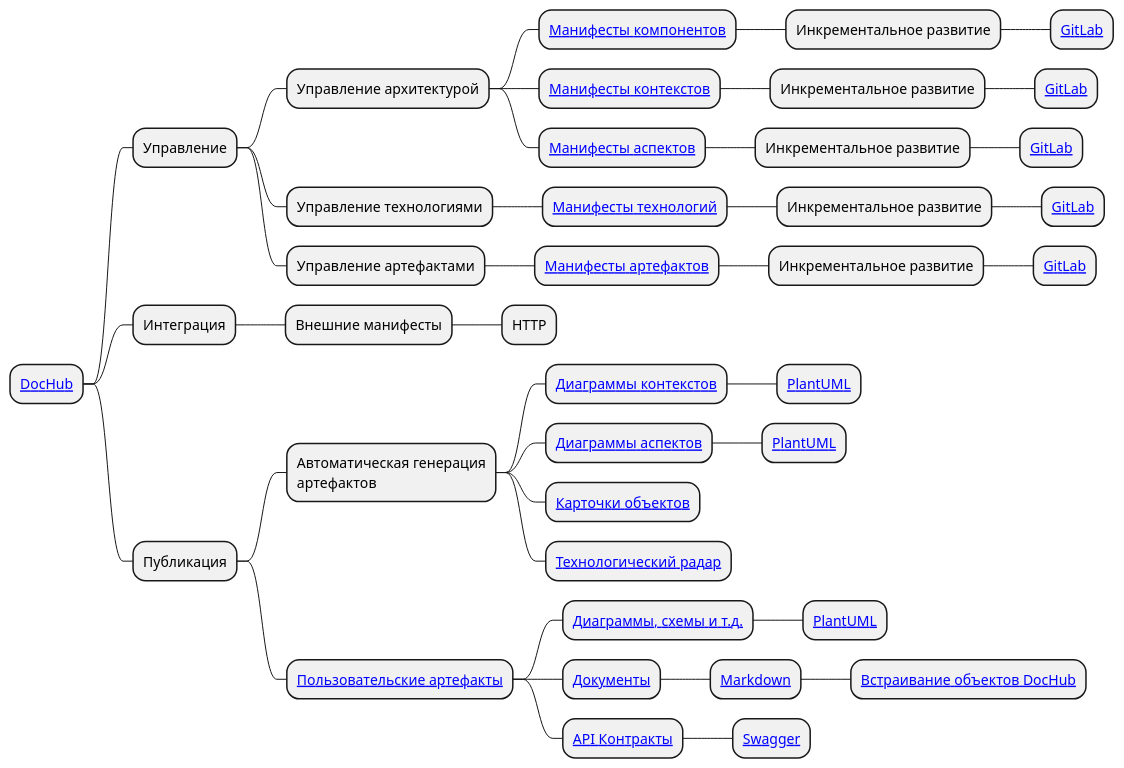
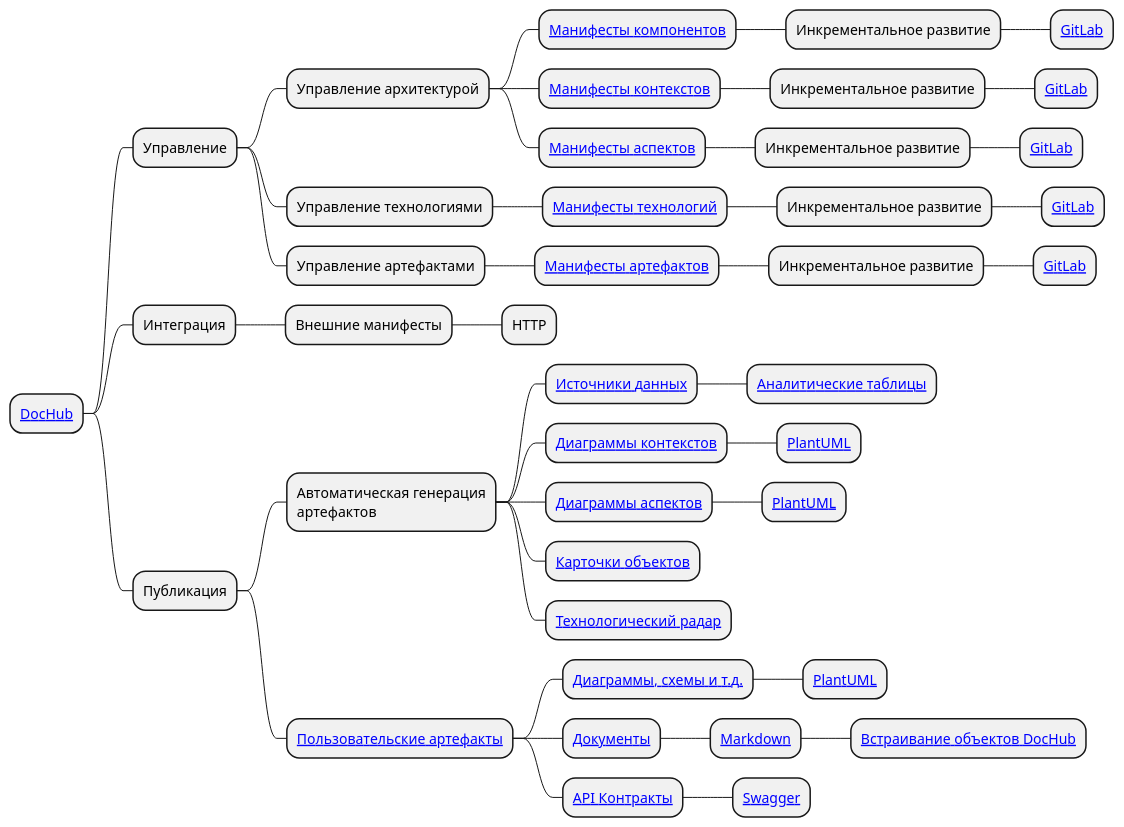
The diagram in public/documentation/docs/conception/mindmap.puml (ypolosov/DocHub), drawn with PlantUML before and after one commit. The commit also changed 4 other files, not shown here.

Commit message:
Исправлен баг с отображением ошибки сети в PlantUML. Добавлено описание параметра конфигурации сборки для плагина. В MindMap добавлены источники данных и таблицы

```diff
--- a/public/documentation/docs/conception/mindmap.puml
+++ b/public/documentation/docs/conception/mindmap.puml
@@ -1,41 +1,43 @@
 @startmindmap
 * [[https://github.com/RabotaRu/DocHub DocHub]]
 ** Управление
 *** Управление архитектурой
 **** [[/docs/dochub.components Манифесты компонентов]]
 ***** Инкрементальное развитие
 ****** [[https://about.gitlab.com/ GitLab]]
 **** [[/docs/dochub.contexts Манифесты контекстов]]
 ***** Инкрементальное развитие
 ****** [[https://about.gitlab.com/ GitLab]]
 **** [[/docs/dochub.aspects Манифесты аспектов]]
 ***** Инкрементальное развитие
 ****** [[https://about.gitlab.com/ GitLab]]
 *** Управление технологиями
 **** [[/docs/dochub.technologies Манифесты технологий]]
 ***** Инкрементальное развитие
 ****** [[https://about.gitlab.com/ GitLab]]
 *** Управление артефактами
 **** [[/docs/dochub.docs Манифесты артефактов]]
 ***** Инкрементальное развитие
 ****** [[https://about.gitlab.com/ GitLab]]
 ** Интеграция
 *** Внешние манифесты
 **** HTTP
 ** Публикация
 *** Автоматическая генерация\nартефактов
+**** [[/docs/dochub.datasets Источники данных]]
+***** [[/docs/dochub.tables Аналитические таблицы]]
 **** [[/docs/dochub.contexts Диаграммы контекстов]]
 ***** [[https://plantuml.com/ PlantUML]]
 **** [[/docs/dochub.aspects Диаграммы аспектов]]
 ***** [[https://plantuml.com/ PlantUML]]
 **** [[/docs/dochub.forms Карточки объектов]]
 **** [[/docs/dochub.radar Технологический радар]]
 *** [[/docs/dochub.docs Пользовательские артефакты]]
 **** [[/docs/dochub.docs#plantuml Диаграммы, схемы и т.д.]]
 ***** [[https://plantuml.com/ PlantUML]]
 **** [[/docs/dochub.docs#markdown Документы]]
 ***** [[https://ru.wikipedia.org/wiki/Markdown Markdown]]
 ****** [[/docs/dochub.docs#markdown Встраивание объектов DocHub]]
 **** [[/docs/dochub.docs#swagger API Контракты]]
 ***** [[https://swagger.io/ Swagger]]
 @endmindmap
```
